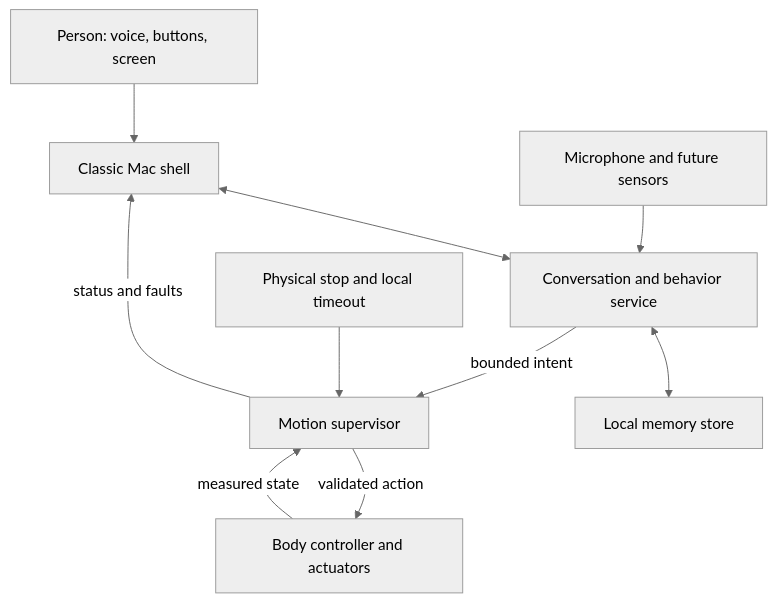
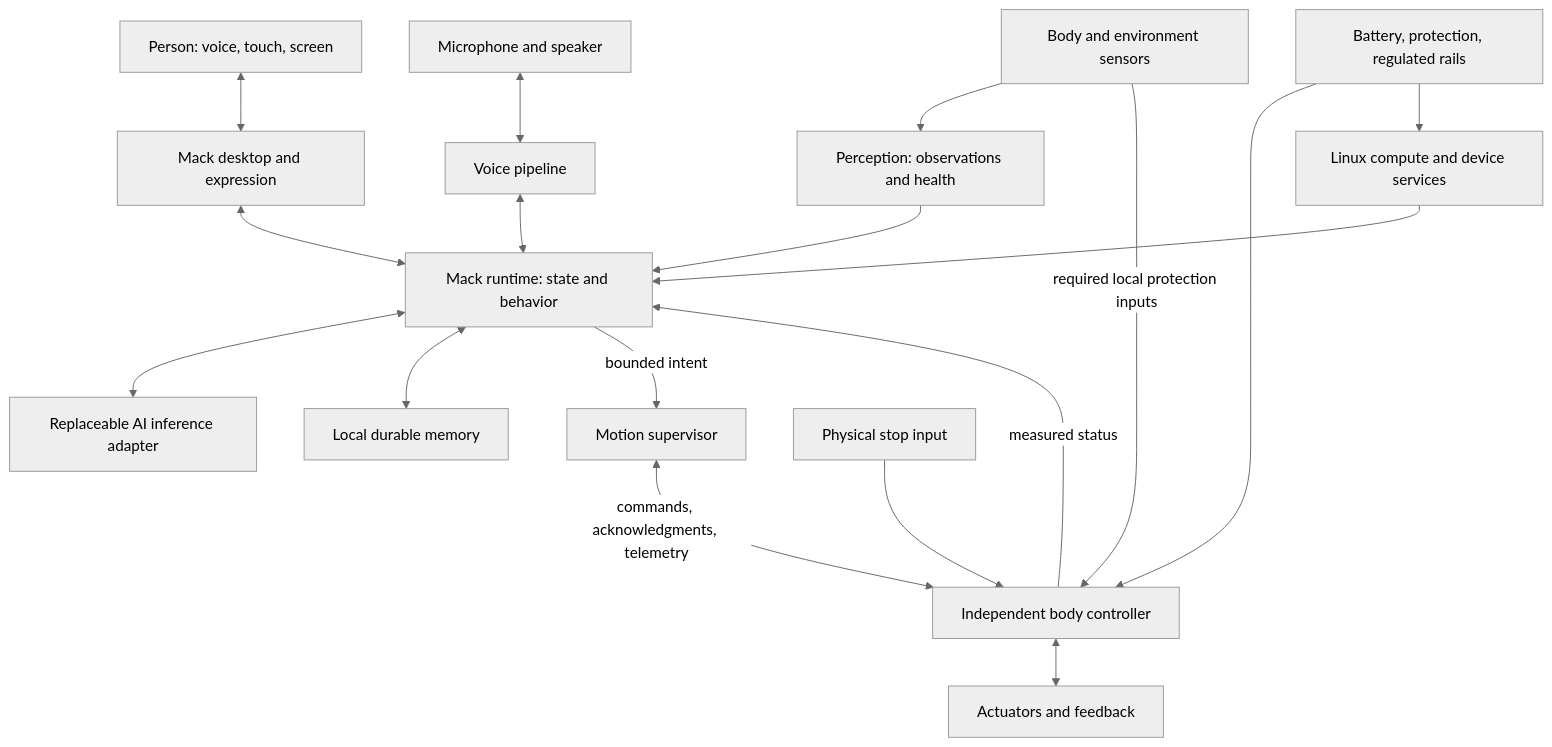
The diagram in docs/architecture.md (Bill-Viking/mack-model-04), drawn with Mermaid (neutral theme) before and after one commit. The commit also changed other lines of this file and 9 other files, not shown here.

Commit message:
docs: define Mack as an integrated Linux robot product

````diff
--- a/docs/architecture.md
+++ b/docs/architecture.md
@@ -5,12 +7,20 @@
 ```mermaid
 flowchart TD
-    Person[Person: voice, buttons, screen] --> Shell[Classic Mac shell]
-    Shell <--> Brain[Conversation and behavior service]
-    Brain <--> Memory[Local memory store]
-    Sensors[Microphone and future sensors] --> Brain
-    Brain -->|bounded intent| Control[Motion supervisor]
-    Control -->|validated action| Body[Body controller and actuators]
-    Body -->|measured state| Control
-    Control -->|status and faults| Shell
-    Stop[Physical stop and local timeout] --> Control
+    Person[Person: voice, touch, screen] <--> Shell[Mack desktop and expression]
+    Shell <--> Runtime[Mack runtime: state and behavior]
+    Audio[Microphone and speaker] <--> Voice[Voice pipeline]
+    Voice <--> Runtime
+    Runtime <--> AI[Replaceable AI inference adapter]
+    Runtime <--> Memory[Local durable memory]
+    Perception[Perception: observations and health] --> Runtime
+    Sensors[Body and environment sensors] --> Perception
+    Runtime -->|bounded intent| Supervisor[Motion supervisor]
+    Supervisor <-->|commands, acknowledgments, telemetry| MCU[Independent body controller]
+    Sensors -->|required local protection inputs| MCU
+    Stop[Physical stop input] --> MCU
+    MCU <--> Joints[Actuators and feedback]
+    MCU -->|measured status| Runtime
+    Power[Battery, protection, regulated rails] --> MCU
+    Power --> Linux[Linux compute and device services]
+    Linux --> Runtime
 ```
````
